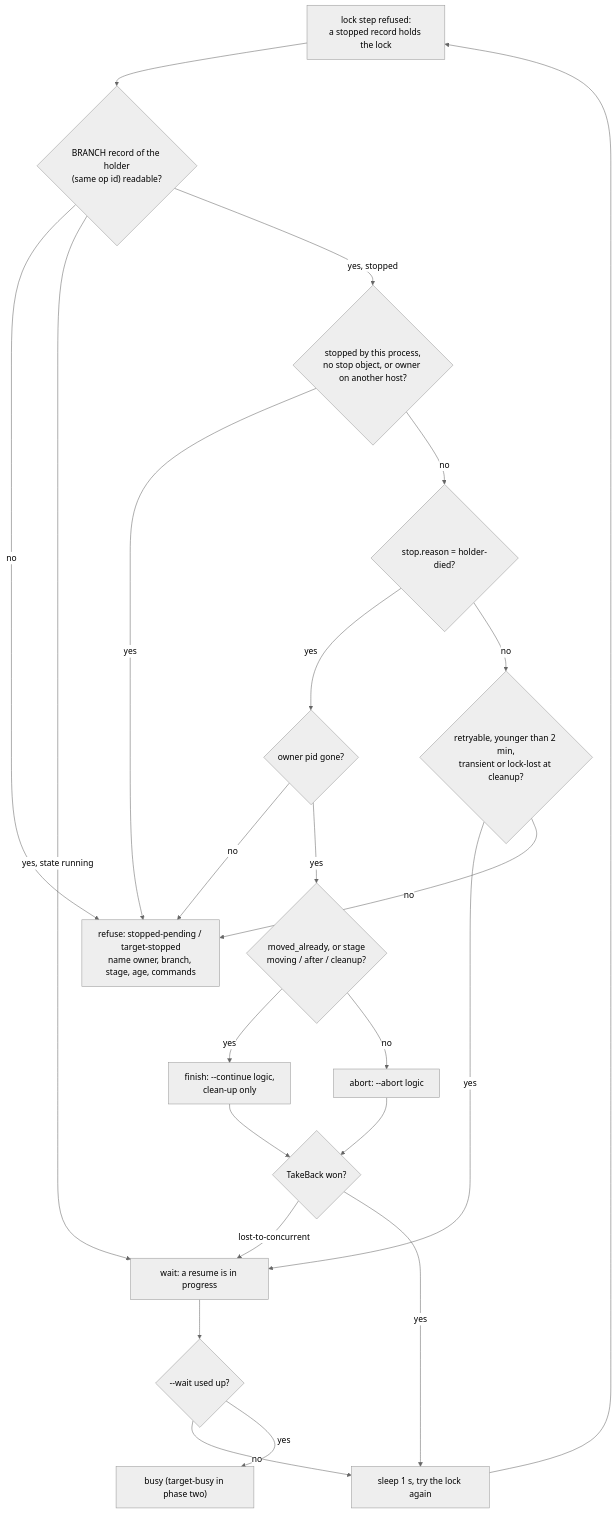
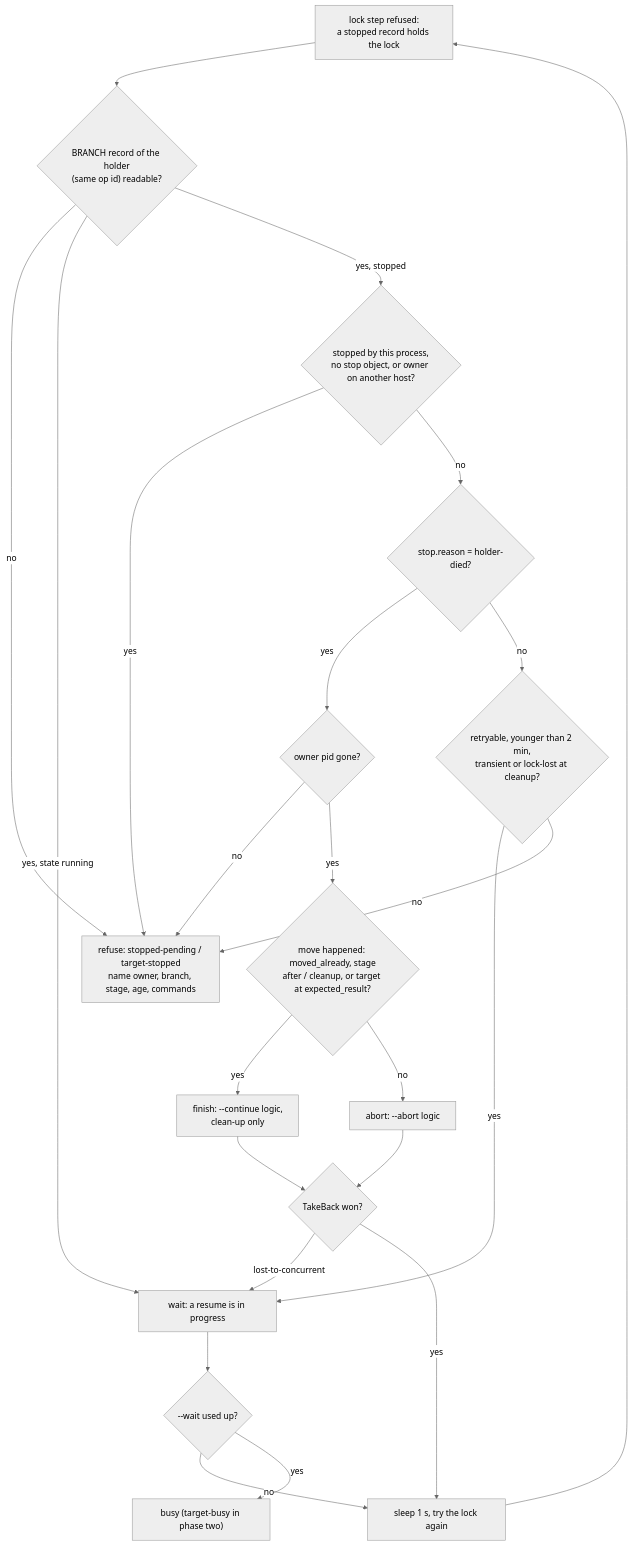
Before and after one commit to phillipgreenii/nix-agent-support: the fourth of 4 diagrams in docs/superpowers/specs/2026-11-07-pg-git-lander-design.md, drawn with Mermaid (neutral theme). The commit also changed other lines of this file and 10 other files, not shown here.

````diff
--- a/docs/superpowers/specs/2026-11-07-pg-git-lander-design.md
+++ b/docs/superpowers/specs/2026-11-07-pg-git-lander-design.md
@@ -777,25 +787,25 @@
 ```mermaid
 flowchart TD
   A["lock step refused:<br/>a stopped record holds the lock"] --> B{"BRANCH record of the holder<br/>(same op id) readable?"}
   B -->|no| R["refuse: stopped-pending / target-stopped<br/>name owner, branch, stage, age, commands"]
   B -->|"yes, state running"| W["wait: a resume is in progress"]
   B -->|"yes, stopped"| C{"stopped by this process,<br/>no stop object, or owner on another host?"}
   C -->|yes| R
   C -->|no| D{"stop.reason = holder-died?"}
   D -->|yes| E{"owner pid gone?"}
   E -->|no| R
-  E -->|yes| F{"moved_already, or stage<br/>moving / after / cleanup?"}
+  E -->|yes| F{"move happened: moved_already, stage<br/>after / cleanup, or target at expected_result?"}
   F -->|yes| G["finish: --continue logic,<br/>clean-up only"]
   F -->|no| H["abort: --abort logic"]
   D -->|no| I{"retryable, younger than 2 min,<br/>transient or lock-lost at cleanup?"}
   I -->|yes| W
   I -->|no| R
   W --> J{"--wait used up?"}
   J -->|no| K["sleep 1 s, try the lock again"]
   J -->|yes| L["busy (target-busy in phase two)"]
   G --> M{"TakeBack won?"}
   H --> M
   M -->|"lost-to-concurrent"| W
   M -->|yes| K
   K --> A
 ```
````
